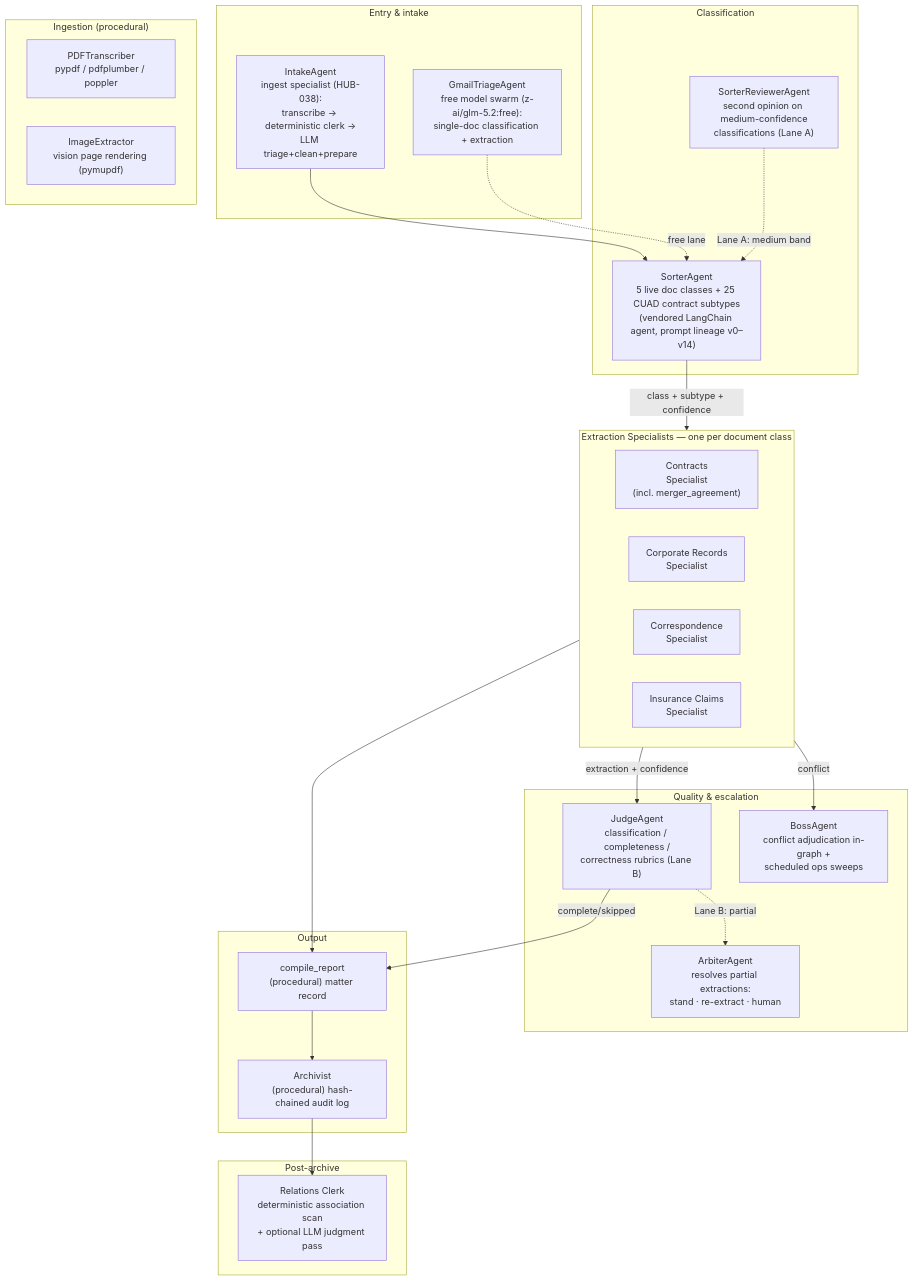
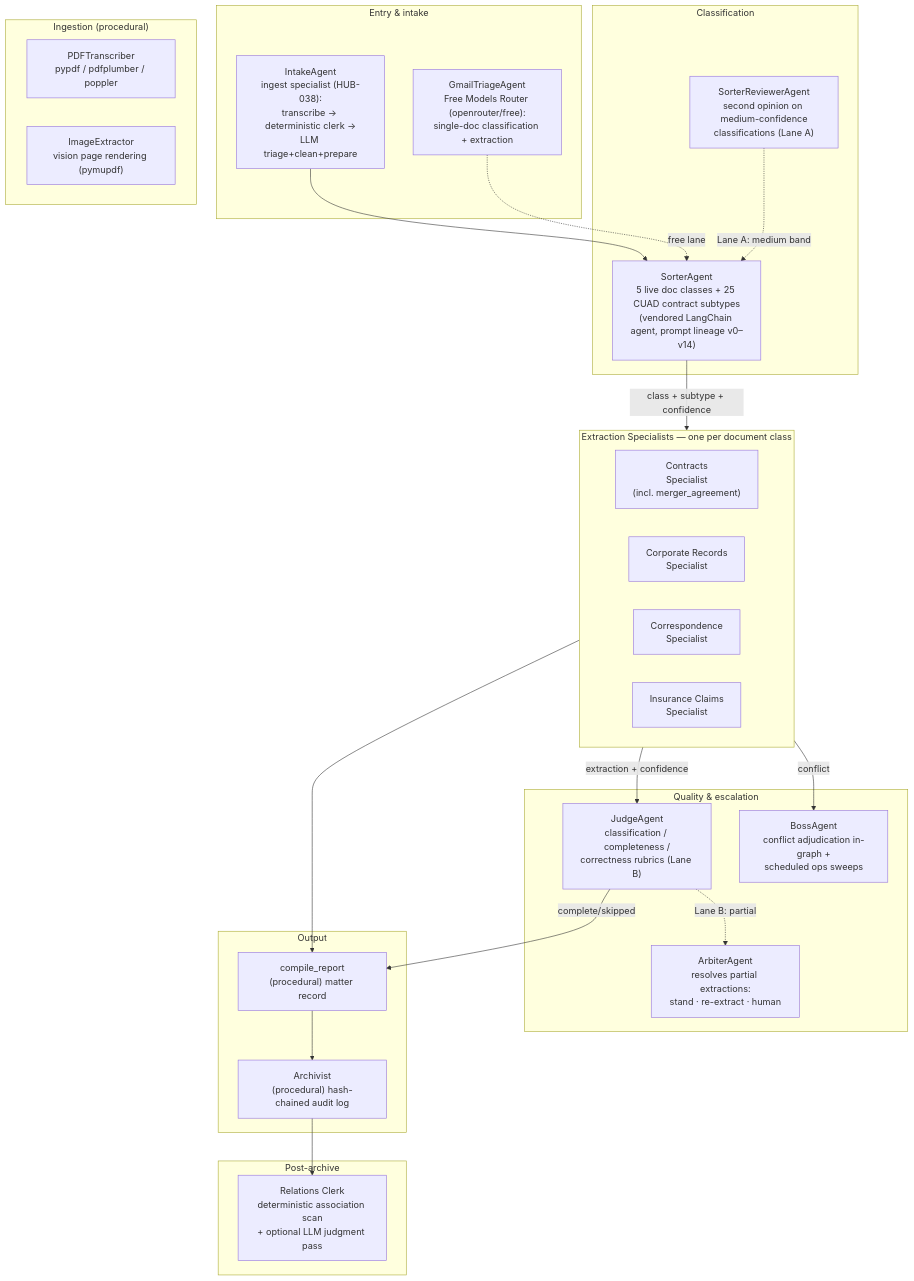
The second of 2 diagrams in README.md (Exios66/llm-mailroom), drawn with Mermaid before and after one commit. The commit also changed other lines of this file and 8 other files, not shown here.

````diff
--- a/README.md
+++ b/README.md
@@ -199,51 +199,51 @@
 ```mermaid
 flowchart TB
     subgraph ENTRY["Entry & intake"]
         INTAKE["IntakeAgent<br/>ingest specialist (HUB-038):<br/>transcribe → deterministic clerk →<br/>LLM triage+clean+prepare"]
-        GMAIL["GmailTriageAgent<br/>free model swarm (z-ai/glm-5.2:free):<br/>single-doc classification + extraction"]
+        GMAIL["GmailTriageAgent<br/>Free Models Router (openrouter/free):<br/>single-doc classification + extraction"]
     end
 
     subgraph CLASSIFY["Classification"]
         SORTER["SorterAgent<br/>5 live doc classes + 25 CUAD contract subtypes<br/>(vendored LangChain agent, prompt lineage v0–v14)"]
         REVIEWER["SorterReviewerAgent<br/>second opinion on medium-confidence<br/>classifications (Lane A)"]
     end
 
     subgraph SPECIALISTS["Extraction Specialists — one per document class"]
         CONTRACTS["Contracts<br/>Specialist<br/>(incl. merger_agreement)"]
         CORP["Corporate Records<br/>Specialist"]
         CORR["Correspondence<br/>Specialist"]
         INS["Insurance Claims<br/>Specialist"]
     end
 
     subgraph QUALITY["Quality & escalation"]
         JUDGE["JudgeAgent<br/>classification / completeness /<br/>correctness rubrics (Lane B)"]
         ARBITER["ArbiterAgent<br/>resolves partial extractions:<br/>stand · re-extract · human"]
         BOSS["BossAgent<br/>conflict adjudication in-graph +<br/>scheduled ops sweeps"]
     end
 
     subgraph OUTPUT["Output"]
         REPORTER["compile_report<br/>(procedural) matter record"]
         ARCHIVIST["Archivist<br/>(procedural) hash-chained audit log"]
     end
 
     subgraph POST["Post-archive"]
         RELATIONS["Relations Clerk<br/>deterministic association scan<br/>+ optional LLM judgment pass"]
     end
 
     subgraph INGEST2["Ingestion (procedural)"]
         PDF["PDFTranscriber<br/>pypdf / pdfplumber / poppler"]
         IMG["ImageExtractor<br/>vision page rendering (pymupdf)"]
     end
 
     INTAKE --> SORTER
     GMAIL -.->|free lane| SORTER
     SORTER -- "class + subtype + confidence" --> SPECIALISTS
     REVIEWER -. "Lane A: medium band" .-> SORTER
     SPECIALISTS -- "extraction + confidence" --> JUDGE
     JUDGE -. "Lane B: partial" .-> ARBITER
     SPECIALISTS -- "conflict" --> BOSS
     SPECIALISTS --> REPORTER
     JUDGE -- "complete/skipped" --> REPORTER
     REPORTER --> ARCHIVIST
     ARCHIVIST --> RELATIONS
 ```
````
